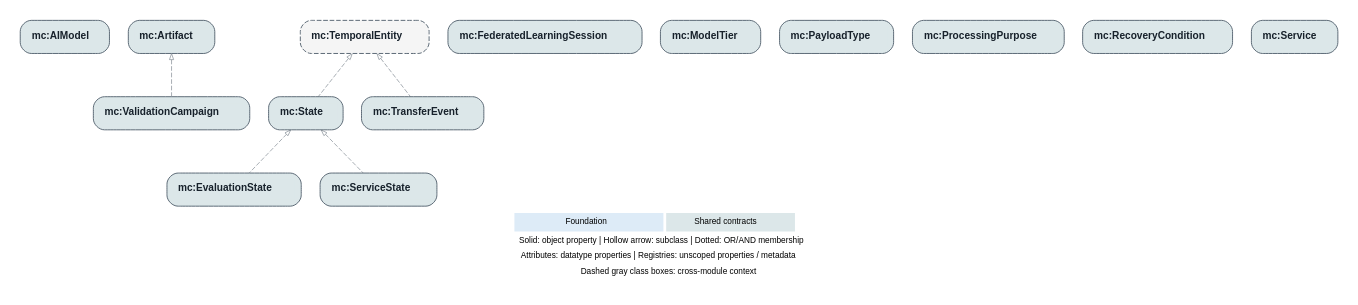
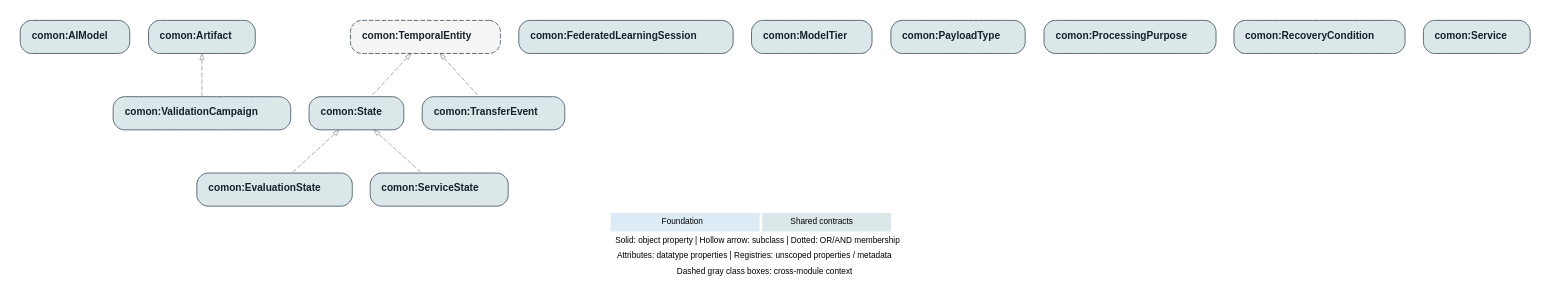
Before and after one commit to MauronMP/Continuum_Monitoring: the diagram in ontology/diagrams/sources/modules/contracts.dot, drawn with Graphviz. The commit also changed 1451 other files, not shown here.

```diff
--- a/ontology/diagrams/sources/modules/contracts.dot
+++ b/ontology/diagrams/sources/modules/contracts.dot
@@ -1,30 +1,30 @@
 digraph ontology {
   graph [rankdir=TB, bgcolor="white", margin=0, pad="0.20", nodesep="0.28",
          ranksep="0.65", splines=polyline, outputorder=edgesfirst,
          fontname="Helvetica", fontnames="svg", labelloc=b, labeljust=c];
   node [shape=box, style="rounded,filled", color="#52606D",
         fillcolor="white", fontcolor="#17212B", fontname="Helvetica",
         fontsize=11, margin="0.10,0.07", penwidth=1.0];
   edge [color="#64717D", fontcolor="#26323C", fontname="Helvetica",
         fontsize=9, arrowsize=0.65, penwidth=0.8];
   label=<<TABLE BORDER="0" CELLBORDER="0" CELLSPACING="3"><TR><TD BGCOLOR="#DDEBF7" CELLPADDING="5"><FONT POINT-SIZE="9">Foundation</FONT></TD><TD BGCOLOR="#DCE7E9" CELLPADDING="5"><FONT POINT-SIZE="9">Shared contracts</FONT></TD></TR><TR><TD COLSPAN="3"><FONT POINT-SIZE="9">Solid: object property | Hollow arrow: subclass | Dotted: OR/AND membership</FONT></TD></TR><TR><TD COLSPAN="3"><FONT POINT-SIZE="9">Attributes: datatype properties | Registries: unscoped properties / metadata</FONT></TD></TR><TR><TD COLSPAN="3"><FONT POINT-SIZE="9">Dashed gray class boxes: cross-module context</FONT></TD></TR></TABLE>>;
-  "http://example.org/monitoringcontinuum#AIModel" [label=<<TABLE BORDER="0" CELLBORDER="0" CELLSPACING="0" CELLPADDING="5"><TR><TD BGCOLOR="#DCE7E9" ALIGN="LEFT"><B>mc:AIModel</B></TD></TR></TABLE>>, fillcolor="#DCE7E9", tooltip="http://example.org/monitoringcontinuum#AIModel"];
-  "http://example.org/monitoringcontinuum#Artifact" [label=<<TABLE BORDER="0" CELLBORDER="0" CELLSPACING="0" CELLPADDING="5"><TR><TD BGCOLOR="#DCE7E9" ALIGN="LEFT"><B>mc:Artifact</B></TD></TR></TABLE>>, fillcolor="#DCE7E9", tooltip="http://example.org/monitoringcontinuum#Artifact"];
-  "http://example.org/monitoringcontinuum#EvaluationState" [label=<<TABLE BORDER="0" CELLBORDER="0" CELLSPACING="0" CELLPADDING="5"><TR><TD BGCOLOR="#DCE7E9" ALIGN="LEFT"><B>mc:EvaluationState</B></TD></TR></TABLE>>, fillcolor="#DCE7E9", tooltip="http://example.org/monitoringcontinuum#EvaluationState"];
-  "http://example.org/monitoringcontinuum#FederatedLearningSession" [label=<<TABLE BORDER="0" CELLBORDER="0" CELLSPACING="0" CELLPADDING="5"><TR><TD BGCOLOR="#DCE7E9" ALIGN="LEFT"><B>mc:FederatedLearningSession</B></TD></TR></TABLE>>, fillcolor="#DCE7E9", tooltip="http://example.org/monitoringcontinuum#FederatedLearningSession"];
-  "http://example.org/monitoringcontinuum#ModelTier" [label=<<TABLE BORDER="0" CELLBORDER="0" CELLSPACING="0" CELLPADDING="5"><TR><TD BGCOLOR="#DCE7E9" ALIGN="LEFT"><B>mc:ModelTier</B></TD></TR></TABLE>>, fillcolor="#DCE7E9", tooltip="http://example.org/monitoringcontinuum#ModelTier"];
-  "http://example.org/monitoringcontinuum#PayloadType" [label=<<TABLE BORDER="0" CELLBORDER="0" CELLSPACING="0" CELLPADDING="5"><TR><TD BGCOLOR="#DCE7E9" ALIGN="LEFT"><B>mc:PayloadType</B></TD></TR></TABLE>>, fillcolor="#DCE7E9", tooltip="http://example.org/monitoringcontinuum#PayloadType"];
-  "http://example.org/monitoringcontinuum#ProcessingPurpose" [label=<<TABLE BORDER="0" CELLBORDER="0" CELLSPACING="0" CELLPADDING="5"><TR><TD BGCOLOR="#DCE7E9" ALIGN="LEFT"><B>mc:ProcessingPurpose</B></TD></TR></TABLE>>, fillcolor="#DCE7E9", tooltip="http://example.org/monitoringcontinuum#ProcessingPurpose"];
-  "http://example.org/monitoringcontinuum#RecoveryCondition" [label=<<TABLE BORDER="0" CELLBORDER="0" CELLSPACING="0" CELLPADDING="5"><TR><TD BGCOLOR="#DCE7E9" ALIGN="LEFT"><B>mc:RecoveryCondition</B></TD></TR></TABLE>>, fillcolor="#DCE7E9", tooltip="http://example.org/monitoringcontinuum#RecoveryCondition"];
-  "http://example.org/monitoringcontinuum#Service" [label=<<TABLE BORDER="0" CELLBORDER="0" CELLSPACING="0" CELLPADDING="5"><TR><TD BGCOLOR="#DCE7E9" ALIGN="LEFT"><B>mc:Service</B></TD></TR></TABLE>>, fillcolor="#DCE7E9", tooltip="http://example.org/monitoringcontinuum#Service"];
-  "http://example.org/monitoringcontinuum#ServiceState" [label=<<TABLE BORDER="0" CELLBORDER="0" CELLSPACING="0" CELLPADDING="5"><TR><TD BGCOLOR="#DCE7E9" ALIGN="LEFT"><B>mc:ServiceState</B></TD></TR></TABLE>>, fillcolor="#DCE7E9", tooltip="http://example.org/monitoringcontinuum#ServiceState"];
-  "http://example.org/monitoringcontinuum#State" [label=<<TABLE BORDER="0" CELLBORDER="0" CELLSPACING="0" CELLPADDING="5"><TR><TD BGCOLOR="#DCE7E9" ALIGN="LEFT"><B>mc:State</B></TD></TR></TABLE>>, fillcolor="#DCE7E9", tooltip="http://example.org/monitoringcontinuum#State"];
-  "http://example.org/monitoringcontinuum#TemporalEntity" [label=<<TABLE BORDER="0" CELLBORDER="0" CELLSPACING="0" CELLPADDING="5"><TR><TD BGCOLOR="#F5F5F5" ALIGN="LEFT"><B>mc:TemporalEntity</B></TD></TR></TABLE>>, fillcolor="#F5F5F5", tooltip="http://example.org/monitoringcontinuum#TemporalEntity", style="rounded,dashed,filled"];
-  "http://example.org/monitoringcontinuum#TransferEvent" [label=<<TABLE BORDER="0" CELLBORDER="0" CELLSPACING="0" CELLPADDING="5"><TR><TD BGCOLOR="#DCE7E9" ALIGN="LEFT"><B>mc:TransferEvent</B></TD></TR></TABLE>>, fillcolor="#DCE7E9", tooltip="http://example.org/monitoringcontinuum#TransferEvent"];
-  "http://example.org/monitoringcontinuum#ValidationCampaign" [label=<<TABLE BORDER="0" CELLBORDER="0" CELLSPACING="0" CELLPADDING="5"><TR><TD BGCOLOR="#DCE7E9" ALIGN="LEFT"><B>mc:ValidationCampaign</B></TD></TR></TABLE>>, fillcolor="#DCE7E9", tooltip="http://example.org/monitoringcontinuum#ValidationCampaign"];
+  "http://example.org/monitoringcontinuum#AIModel" [label=<<TABLE BORDER="0" CELLBORDER="0" CELLSPACING="0" CELLPADDING="5"><TR><TD BGCOLOR="#DCE7E9" ALIGN="LEFT"><B>comon:AIModel</B></TD></TR></TABLE>>, fillcolor="#DCE7E9", tooltip="http://example.org/monitoringcontinuum#AIModel"];
+  "http://example.org/monitoringcontinuum#Artifact" [label=<<TABLE BORDER="0" CELLBORDER="0" CELLSPACING="0" CELLPADDING="5"><TR><TD BGCOLOR="#DCE7E9" ALIGN="LEFT"><B>comon:Artifact</B></TD></TR></TABLE>>, fillcolor="#DCE7E9", tooltip="http://example.org/monitoringcontinuum#Artifact"];
+  "http://example.org/monitoringcontinuum#EvaluationState" [label=<<TABLE BORDER="0" CELLBORDER="0" CELLSPACING="0" CELLPADDING="5"><TR><TD BGCOLOR="#DCE7E9" ALIGN="LEFT"><B>comon:EvaluationState</B></TD></TR></TABLE>>, fillcolor="#DCE7E9", tooltip="http://example.org/monitoringcontinuum#EvaluationState"];
+  "http://example.org/monitoringcontinuum#FederatedLearningSession" [label=<<TABLE BORDER="0" CELLBORDER="0" CELLSPACING="0" CELLPADDING="5"><TR><TD BGCOLOR="#DCE7E9" ALIGN="LEFT"><B>comon:FederatedLearningSession</B></TD></TR></TABLE>>, fillcolor="#DCE7E9", tooltip="http://example.org/monitoringcontinuum#FederatedLearningSession"];
+  "http://example.org/monitoringcontinuum#ModelTier" [label=<<TABLE BORDER="0" CELLBORDER="0" CELLSPACING="0" CELLPADDING="5"><TR><TD BGCOLOR="#DCE7E9" ALIGN="LEFT"><B>comon:ModelTier</B></TD></TR></TABLE>>, fillcolor="#DCE7E9", tooltip="http://example.org/monitoringcontinuum#ModelTier"];
+  "http://example.org/monitoringcontinuum#PayloadType" [label=<<TABLE BORDER="0" CELLBORDER="0" CELLSPACING="0" CELLPADDING="5"><TR><TD BGCOLOR="#DCE7E9" ALIGN="LEFT"><B>comon:PayloadType</B></TD></TR></TABLE>>, fillcolor="#DCE7E9", tooltip="http://example.org/monitoringcontinuum#PayloadType"];
+  "http://example.org/monitoringcontinuum#ProcessingPurpose" [label=<<TABLE BORDER="0" CELLBORDER="0" CELLSPACING="0" CELLPADDING="5"><TR><TD BGCOLOR="#DCE7E9" ALIGN="LEFT"><B>comon:ProcessingPurpose</B></TD></TR></TABLE>>, fillcolor="#DCE7E9", tooltip="http://example.org/monitoringcontinuum#ProcessingPurpose"];
+  "http://example.org/monitoringcontinuum#RecoveryCondition" [label=<<TABLE BORDER="0" CELLBORDER="0" CELLSPACING="0" CELLPADDING="5"><TR><TD BGCOLOR="#DCE7E9" ALIGN="LEFT"><B>comon:RecoveryCondition</B></TD></TR></TABLE>>, fillcolor="#DCE7E9", tooltip="http://example.org/monitoringcontinuum#RecoveryCondition"];
+  "http://example.org/monitoringcontinuum#Service" [label=<<TABLE BORDER="0" CELLBORDER="0" CELLSPACING="0" CELLPADDING="5"><TR><TD BGCOLOR="#DCE7E9" ALIGN="LEFT"><B>comon:Service</B></TD></TR></TABLE>>, fillcolor="#DCE7E9", tooltip="http://example.org/monitoringcontinuum#Service"];
+  "http://example.org/monitoringcontinuum#ServiceState" [label=<<TABLE BORDER="0" CELLBORDER="0" CELLSPACING="0" CELLPADDING="5"><TR><TD BGCOLOR="#DCE7E9" ALIGN="LEFT"><B>comon:ServiceState</B></TD></TR></TABLE>>, fillcolor="#DCE7E9", tooltip="http://example.org/monitoringcontinuum#ServiceState"];
+  "http://example.org/monitoringcontinuum#State" [label=<<TABLE BORDER="0" CELLBORDER="0" CELLSPACING="0" CELLPADDING="5"><TR><TD BGCOLOR="#DCE7E9" ALIGN="LEFT"><B>comon:State</B></TD></TR></TABLE>>, fillcolor="#DCE7E9", tooltip="http://example.org/monitoringcontinuum#State"];
+  "http://example.org/monitoringcontinuum#TemporalEntity" [label=<<TABLE BORDER="0" CELLBORDER="0" CELLSPACING="0" CELLPADDING="5"><TR><TD BGCOLOR="#F5F5F5" ALIGN="LEFT"><B>comon:TemporalEntity</B></TD></TR></TABLE>>, fillcolor="#F5F5F5", tooltip="http://example.org/monitoringcontinuum#TemporalEntity", style="rounded,dashed,filled"];
+  "http://example.org/monitoringcontinuum#TransferEvent" [label=<<TABLE BORDER="0" CELLBORDER="0" CELLSPACING="0" CELLPADDING="5"><TR><TD BGCOLOR="#DCE7E9" ALIGN="LEFT"><B>comon:TransferEvent</B></TD></TR></TABLE>>, fillcolor="#DCE7E9", tooltip="http://example.org/monitoringcontinuum#TransferEvent"];
+  "http://example.org/monitoringcontinuum#ValidationCampaign" [label=<<TABLE BORDER="0" CELLBORDER="0" CELLSPACING="0" CELLPADDING="5"><TR><TD BGCOLOR="#DCE7E9" ALIGN="LEFT"><B>comon:ValidationCampaign</B></TD></TR></TABLE>>, fillcolor="#DCE7E9", tooltip="http://example.org/monitoringcontinuum#ValidationCampaign"];
   "http://example.org/monitoringcontinuum#State" -> "http://example.org/monitoringcontinuum#EvaluationState" [dir=back, arrowtail=empty, style=dashed, color="#8A939B", weight=2];
   "http://example.org/monitoringcontinuum#State" -> "http://example.org/monitoringcontinuum#ServiceState" [dir=back, arrowtail=empty, style=dashed, color="#8A939B", weight=2];
   "http://example.org/monitoringcontinuum#TemporalEntity" -> "http://example.org/monitoringcontinuum#State" [dir=back, arrowtail=empty, style=dashed, color="#8A939B", weight=2];
   "http://example.org/monitoringcontinuum#TemporalEntity" -> "http://example.org/monitoringcontinuum#TransferEvent" [dir=back, arrowtail=empty, style=dashed, color="#8A939B", weight=2];
   "http://example.org/monitoringcontinuum#Artifact" -> "http://example.org/monitoringcontinuum#ValidationCampaign" [dir=back, arrowtail=empty, style=dashed, color="#8A939B", weight=2];
 }
```
